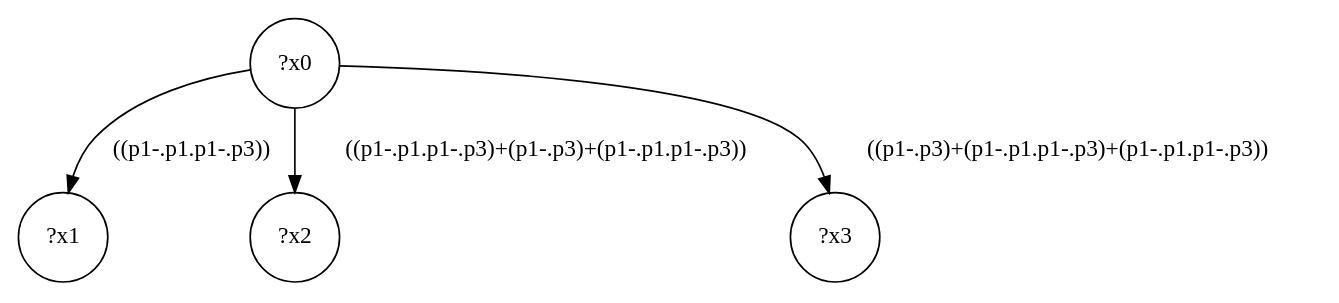
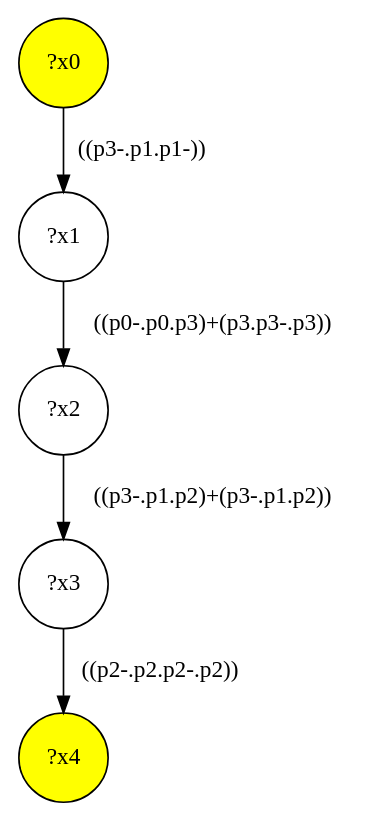
The diagram in src/queryinterface/interface-queries/query-31.dot (gbagan/gmark), drawn with Graphviz before and after one commit. The commit also changed 150 other files, not shown here.

```diff
--- a/src/queryinterface/interface-queries/query-31.dot
+++ b/src/queryinterface/interface-queries/query-31.dot
@@ -1,9 +1,11 @@
 digraph g {
-	x0 [shape=circle, label="?x0"];
+	x0 [fillcolor="yellow", style="filled," shape=circle, label="?x0"];
+	x4 [fillcolor="yellow", style="filled," shape=circle, label="?x4"];
 	x1 [shape=circle, label="?x1"];
-	x0 -> x1 [label="((p1-.p1.p1-.p3))"];
+	x0 -> x1 [label="((p3-.p1.p1-))"];
 	x2 [shape=circle, label="?x2"];
-	x0 -> x2 [label="((p1-.p1.p1-.p3)+(p1-.p3)+(p1-.p1.p1-.p3))"];
+	x1 -> x2 [label="((p0-.p0.p3)+(p3.p3-.p3))"];
 	x3 [shape=circle, label="?x3"];
-	x0 -> x3 [label="((p1-.p3)+(p1-.p1.p1-.p3)+(p1-.p1.p1-.p3))"];
+	x2 -> x3 [label="((p3-.p1.p2)+(p3-.p1.p2))"];
+	x3 -> x4 [label="((p2-.p2.p2-.p2))"];
 }
```
